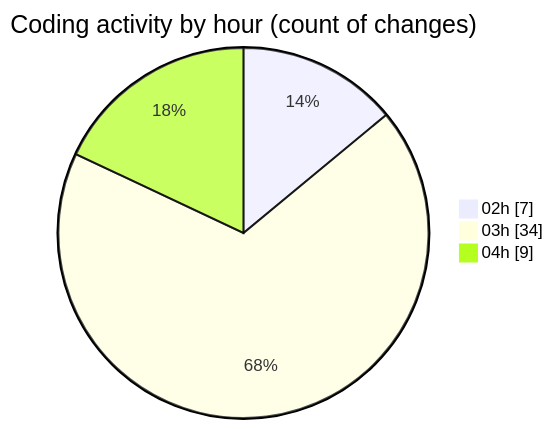
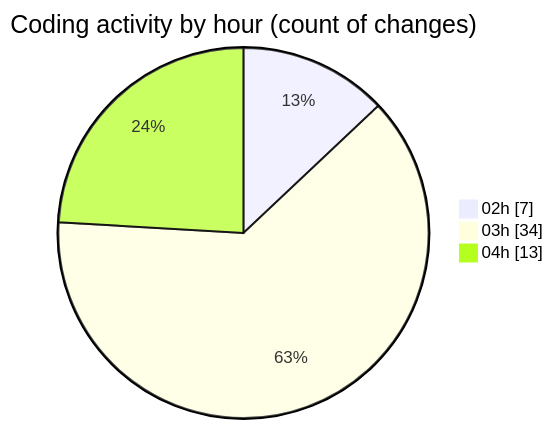
The second of 2 diagrams in 2025-05-29/kimberly-groups/README.md (JenPaints/code-tracking), drawn with Mermaid before and after one commit. The commit also changed other lines of this file and 1 other file, not shown here.

````diff
--- a/2025-05-29/kimberly-groups/README.md
+++ b/2025-05-29/kimberly-groups/README.md
@@ -35,7 +35,7 @@
 ```mermaid
 pie showData
 title Coding activity by hour (count of changes)
 "02h" : 7
 "03h" : 34
-"04h" : 9
+"04h" : 13
 ```
````
